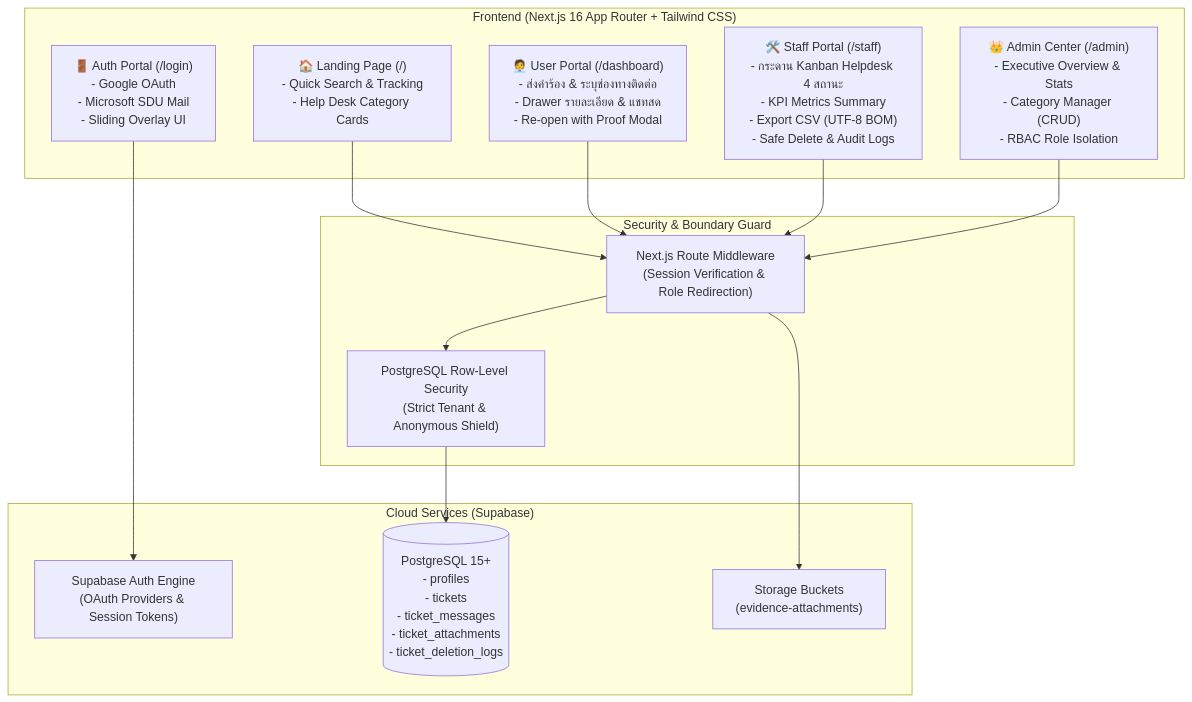
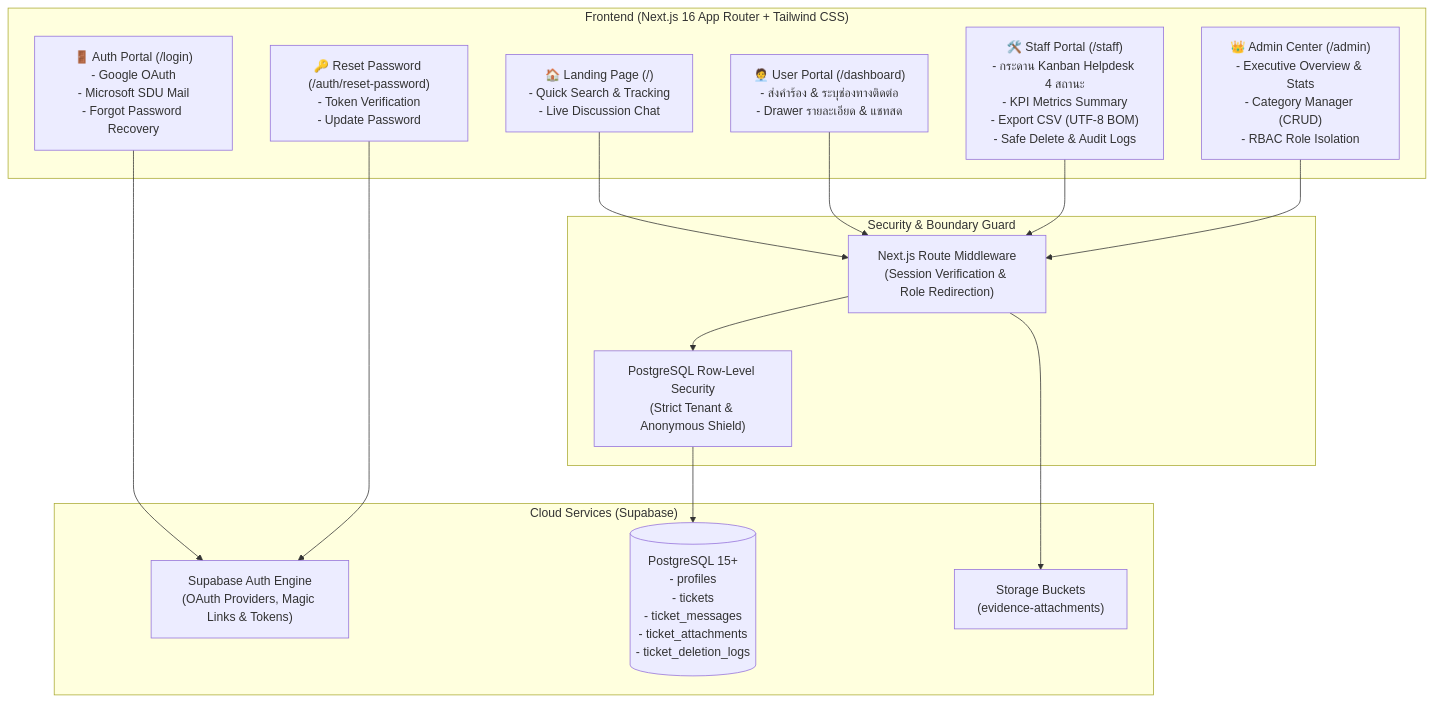
One commit to Hosxiz/complaintSystem changed the first of 2 diagrams in README.md. Above: the diagram before and after it, drawn with Mermaid. The commit also changed other lines of this file and 4 other files, not shown here.

````diff
--- a/README.md
+++ b/README.md
@@ -60,31 +65,33 @@
 ```mermaid
 flowchart TD
     subgraph Client ["Frontend (Next.js 16 App Router + Tailwind CSS)"]
-        Landing["🏠 Landing Page (/)<br/>- Quick Search & Tracking<br/>- Help Desk Category Cards"]
-        AuthUI["🚪 Auth Portal (/login)<br/>- Google OAuth<br/>- Microsoft SDU Mail<br/>- Sliding Overlay UI"]
-        UserPortal["🧑‍💼 User Portal (/dashboard)<br/>- ส่งคำร้อง & ระบุช่องทางติดต่อ<br/>- Drawer รายละเอียด & แชทสด<br/>- Re-open with Proof Modal"]
+        Landing["🏠 Landing Page (/)<br/>- Quick Search & Tracking<br/>- Live Discussion Chat"]
+        AuthUI["🚪 Auth Portal (/login)<br/>- Google OAuth<br/>- Microsoft SDU Mail<br/>- Forgot Password Recovery"]
+        ResetPass["🔑 Reset Password (/auth/reset-password)<br/>- Token Verification<br/>- Update Password"]
+        UserPortal["🧑‍💼 User Portal (/dashboard)<br/>- ส่งคำร้อง & ระบุช่องทางติดต่อ<br/>- Drawer รายละเอียด & แชทสด"]
         StaffPortal["🛠️ Staff Portal (/staff)<br/>- กระดาน Kanban Helpdesk 4 สถานะ<br/>- KPI Metrics Summary<br/>- Export CSV (UTF-8 BOM)<br/>- Safe Delete & Audit Logs"]
         AdminPortal["👑 Admin Center (/admin)<br/>- Executive Overview & Stats<br/>- Category Manager (CRUD)<br/>- RBAC Role Isolation"]
     end
 
     subgraph SecurityBoundary ["Security & Boundary Guard"]
         Middleware["Next.js Route Middleware<br/>(Session Verification & Role Redirection)"]
         RLS["PostgreSQL Row-Level Security<br/>(Strict Tenant & Anonymous Shield)"]
     end
 
     subgraph CloudBackend ["Cloud Services (Supabase)"]
-        AuthService["Supabase Auth Engine<br/>(OAuth Providers & Session Tokens)"]
+        AuthService["Supabase Auth Engine<br/>(OAuth Providers, Magic Links & Tokens)"]
         DB[("PostgreSQL 15+<br/>- profiles<br/>- tickets<br/>- ticket_messages<br/>- ticket_attachments<br/>- ticket_deletion_logs")]
         Storage["Storage Buckets<br/>(evidence-attachments)"]
     end
 
     Landing --> Middleware
     AuthUI --> AuthService
+    ResetPass --> AuthService
     UserPortal --> Middleware
     StaffPortal --> Middleware
     AdminPortal --> Middleware
 
     Middleware --> RLS
     RLS --> DB
     Middleware --> Storage
 ```
````
